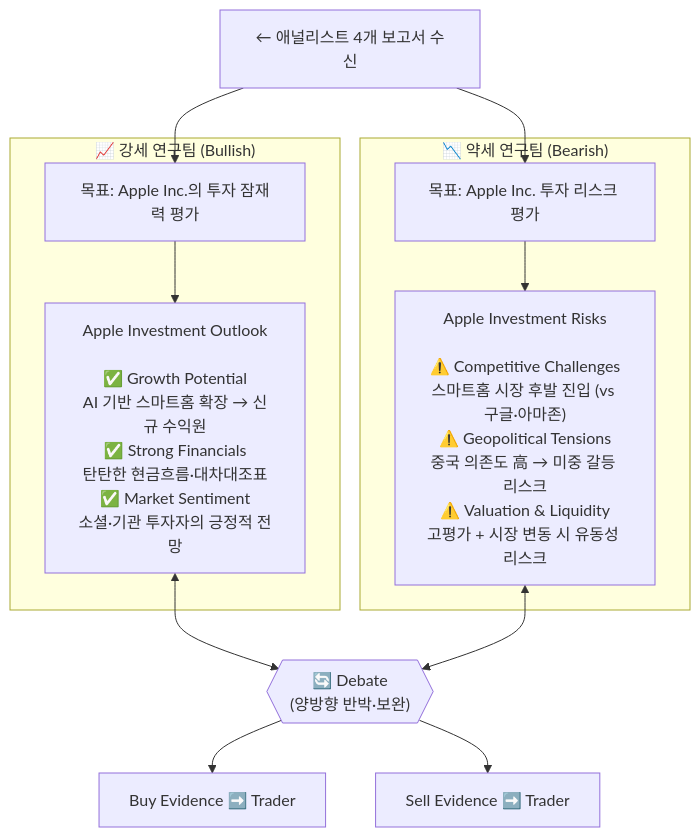
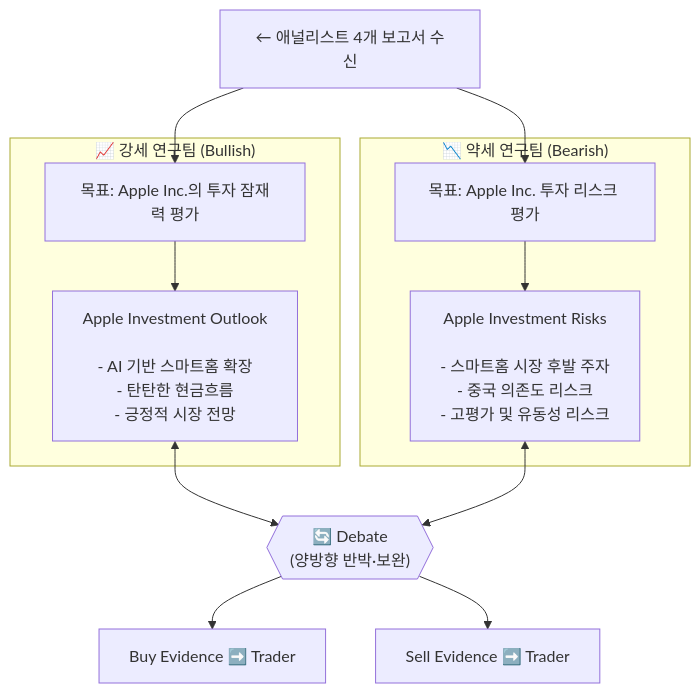
Before and after one commit to k82022603/k82022603.github.io: the fourth of 12 diagrams in _posts/2026-04-03-tradingagents:-llm-다중-에이전트-금융-트레이딩-프레임워크-완전-해설.md, drawn with Mermaid. The commit also changed other lines of this file, not shown here.

Commit message:
auto: sync wiki to blog [2026-04-03 07:16:11]

````diff
--- a/_posts/2026-04-03-tradingagents:-llm-다중-에이전트-금융-트레이딩-프레임워크-완전-해설.md
+++ b/_posts/2026-04-03-tradingagents:-llm-다중-에이전트-금융-트레이딩-프레임워크-완전-해설.md
@@ -216,28 +215,32 @@
 ```mermaid
 flowchart TB
+    %% 노드 정의
     INPUT["← 애널리스트 4개 보고서 수신"]
+    DEBATE{{"🔄 Debate\n(양방향 반박·보완)"}}
+    OUT_B["Buy Evidence ➡️ Trader"]
+    OUT_S["Sell Evidence ➡️ Trader"]
 
+    %% 강세팀 구성
     subgraph BULL ["📈 강세 연구팀 (Bullish)"]
         BG["목표: Apple Inc.의 투자 잠재력 평가"]
-        BR["Apple Investment Outlook\n\n✅ Growth Potential\nAI 기반 스마트홈 확장 → 신규 수익원\n✅ Strong Financials\n탄탄한 현금흐름·대차대조표\n✅ Market Sentiment\n소셜·기관 투자자의 긍정적 전망"]
+        BR["Apple Investment Outlook\n\n- AI 기반 스마트홈 확장\n- 탄탄한 현금흐름\n- 긍정적 시장 전망"]
         BG --> BR
     end
 
+    %% 약세팀 구성
     subgraph BEAR ["📉 약세 연구팀 (Bearish)"]
         BEG["목표: Apple Inc. 투자 리스크 평가"]
-        BER["Apple Investment Risks\n\n⚠️ Competitive Challenges\n스마트홈 시장 후발 진입 (vs 구글·아마존)\n⚠️ Geopolitical Tensions\n중국 의존도 高 → 미중 갈등 리스크\n⚠️ Valuation & Liquidity\n고평가 + 시장 변동 시 유동성 리스크"]
+        BER["Apple Investment Risks\n\n- 스마트홈 시장 후발 주자\n- 중국 의존도 리스크\n- 고평가 및 유동성 리스크"]
         BEG --> BER
     end
 
-    DEBATE{{"🔄 Debate\n(양방향 반박·보완)"}}
-
-    %% 서브그래프 내부의 첫 노드로 연결을 명시
+    %% 연결 (가장 안전한 개별 연결 방식)
     INPUT --> BG
     INPUT --> BEG
     
     BR <--> DEBATE
     BER <--> DEBATE
 
-    DEBATE --> OUT_B["Buy Evidence ➡️ Trader"]
-    DEBATE --> OUT_S["Sell Evidence ➡️ Trader"]
+    DEBATE --> OUT_B
+    DEBATE --> OUT_S
 ```
````
